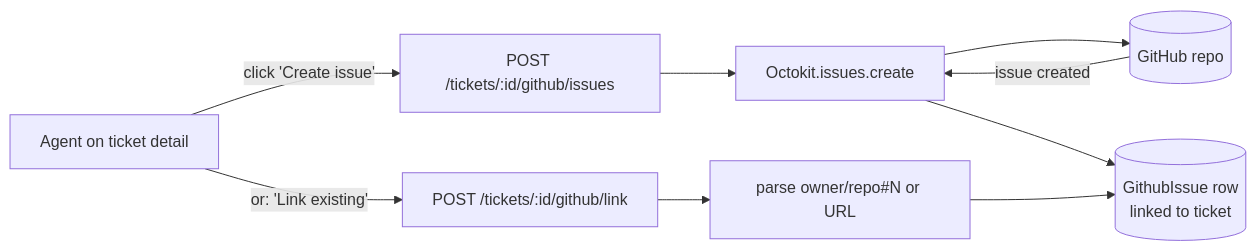
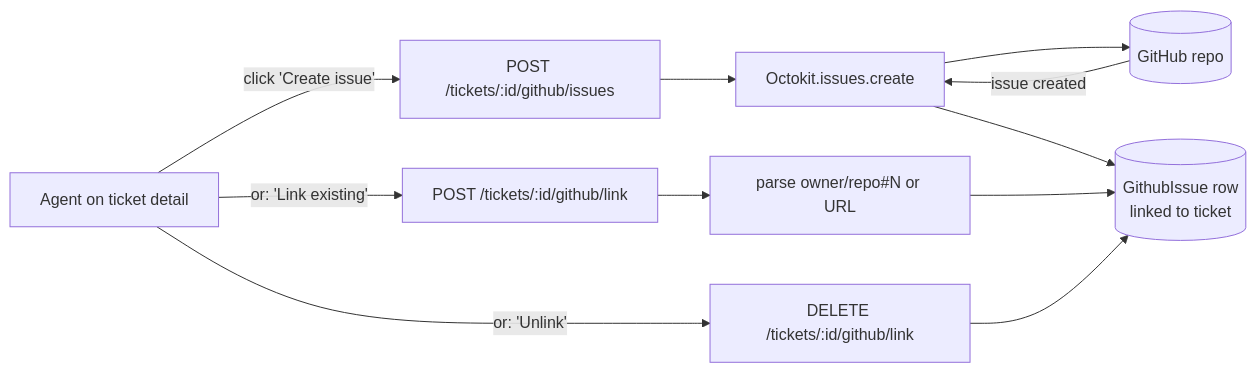
One commit to Vignesh-Siva96/tmr_athena changed the third of 3 diagrams in docs/atlas/github.md. Above: the diagram before and after it, drawn with Mermaid. The commit also changed other lines of this file and 210 other files, not shown here.

````diff
--- a/docs/atlas/github.md
+++ b/docs/atlas/github.md
@@ -80,12 +80,14 @@
 ```mermaid
 flowchart LR
   Agent[Agent on ticket detail]
   Agent -->|click 'Create issue'| API[POST /tickets/:id/github/issues]
   API --> Octokit[Octokit.issues.create]
   Octokit --> GH[(GitHub repo)]
   GH -->|issue created| Octokit
   Octokit --> DB[(GithubIssue row<br/>linked to ticket)]
   Agent -->|or: 'Link existing'| LinkAPI[POST /tickets/:id/github/link]
   LinkAPI --> Parse[parse owner/repo#N or URL]
   Parse --> DB
+  Agent -->|or: 'Unlink'| UnlinkAPI[DELETE /tickets/:id/github/link]
+  UnlinkAPI --> DB
 ```
````
